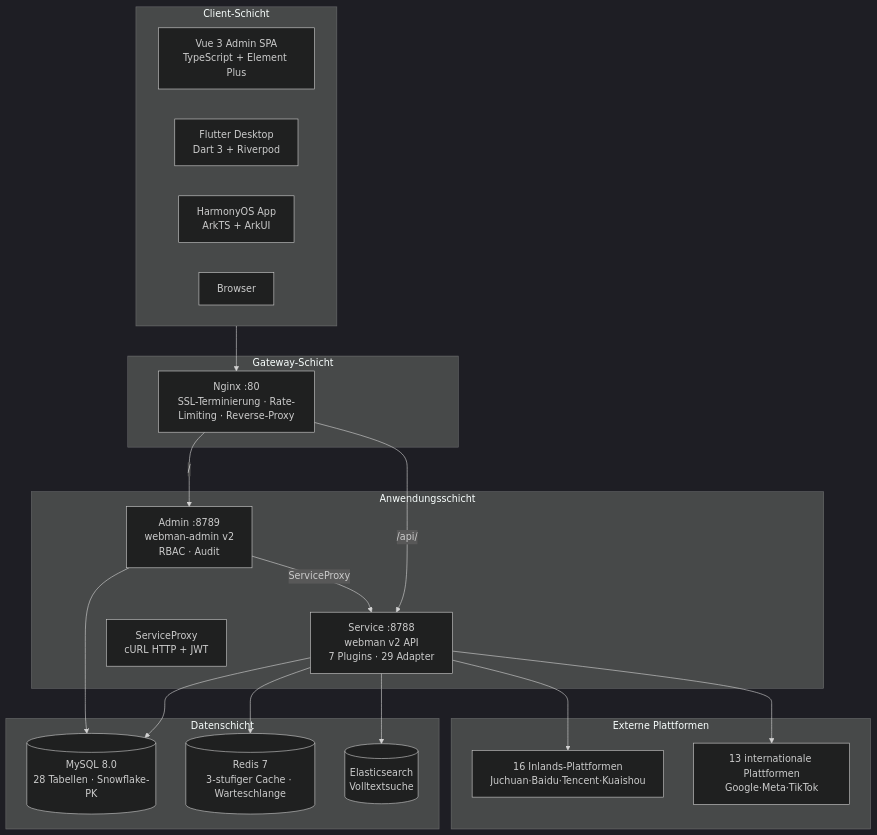
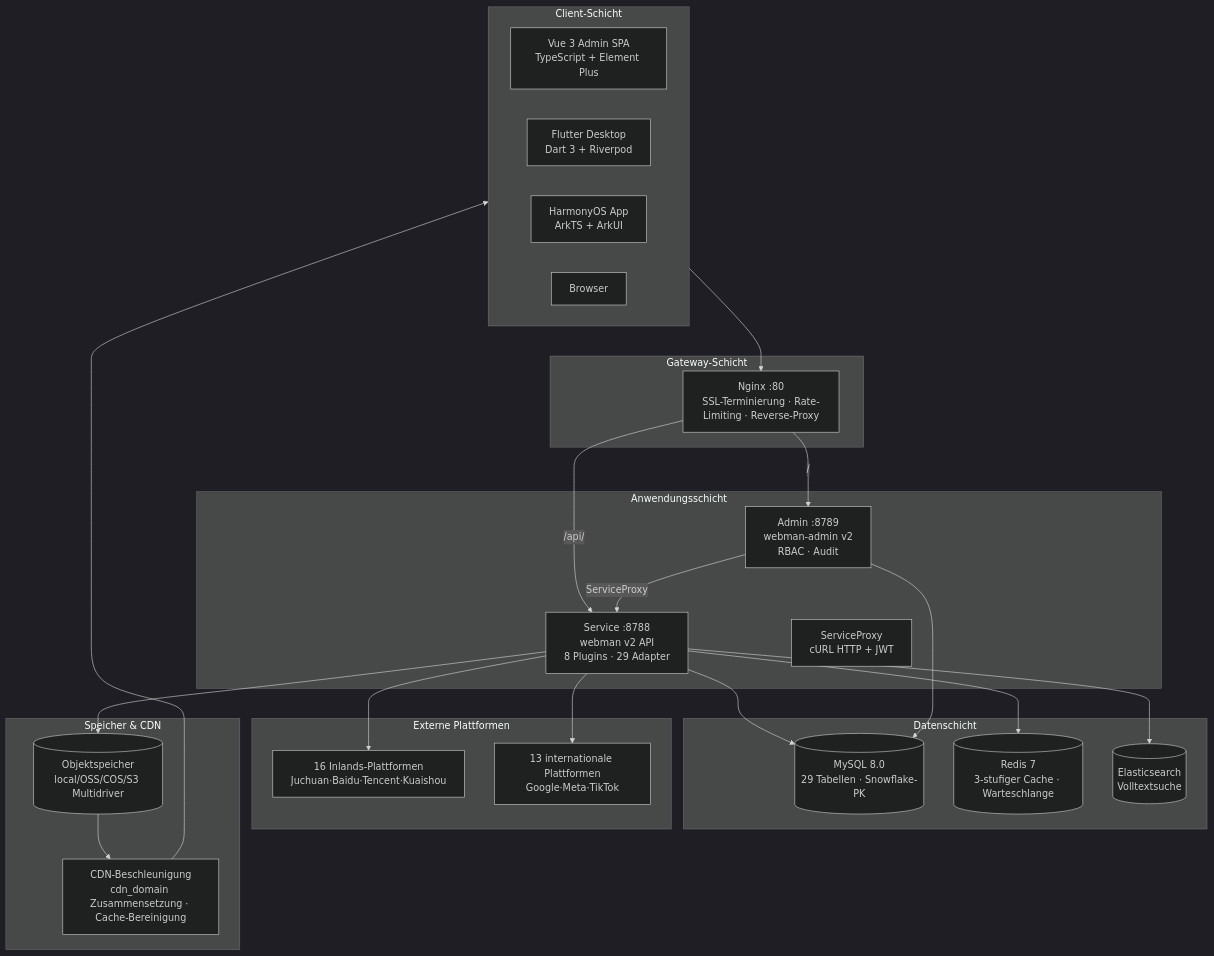
The diagram in docs/diagrams/svg/architecture.de.mmd (erikwang2013/ads-php), drawn with Mermaid (dark theme) before and after one commit. The commit also changed 144 other files, not shown here.

First line of the commit message:
feat(storage): CDN 支持——存储抽象/多驱动/服务商管理/预签名直传/缓存刷新

```diff
--- a/docs/diagrams/svg/architecture.de.mmd
+++ b/docs/diagrams/svg/architecture.de.mmd
@@ -1,31 +1,38 @@
 graph TB
     subgraph Clients["Client-Schicht"]
         Vue["Vue 3 Admin SPA<br/>TypeScript + Element Plus"]
         Flutter["Flutter Desktop<br/>Dart 3 + Riverpod"]
         Harmony["HarmonyOS App<br/>ArkTS + ArkUI"]
         Browser["Browser"]
     end
     subgraph Gateway["Gateway-Schicht"]
         Nginx["Nginx :80<br/>SSL-Terminierung · Rate-Limiting · Reverse-Proxy"]
     end
     subgraph AppLayer["Anwendungsschicht"]
         Admin["Admin :8789<br/>webman-admin v2<br/>RBAC · Audit"]
-        Service["Service :8788<br/>webman v2 API<br/>7 Plugins · 29 Adapter"]
+        Service["Service :8788<br/>webman v2 API<br/>8 Plugins · 29 Adapter"]
         ServiceProxy["ServiceProxy<br/>cURL HTTP + JWT"]
     end
     subgraph DataLayer["Datenschicht"]
-        MySQL[("MySQL 8.0<br/>28 Tabellen · Snowflake-PK")]
+        MySQL[("MySQL 8.0<br/>29 Tabellen · Snowflake-PK")]
         Redis[("Redis 7<br/>3-stufiger Cache · Warteschlange")]
         ES[("Elasticsearch<br/>Volltextsuche")]
     end
     subgraph External["Externe Plattformen"]
         Domestic["16 Inlands-Plattformen<br/>Juchuan·Baidu·Tencent·Kuaishou"]
         International["13 internationale Plattformen<br/>Google·Meta·TikTok"]
     end
+    subgraph StorageCDN["Speicher & CDN"]
+        OSS[("Objektspeicher<br/>local/OSS/COS/S3 Multidriver")]
+        CDN["CDN-Beschleunigung<br/>cdn_domain Zusammensetzung · Cache-Bereinigung"]
+    end
+    Service --> OSS
+    OSS --> CDN
+    CDN --> Clients
     Clients --> Nginx
     Nginx -->|"/"| Admin
     Nginx -->|"/api/"| Service
     Admin -->|ServiceProxy| Service
     Service --> MySQL & Redis & ES
     Service --> Domestic & International
     Admin --> MySQL
```
